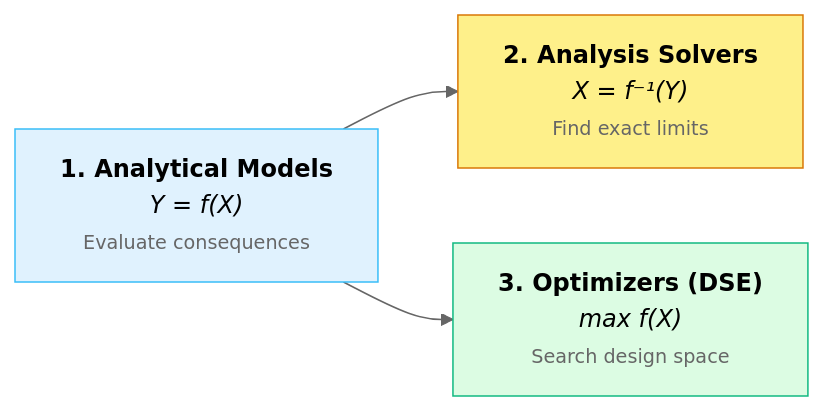
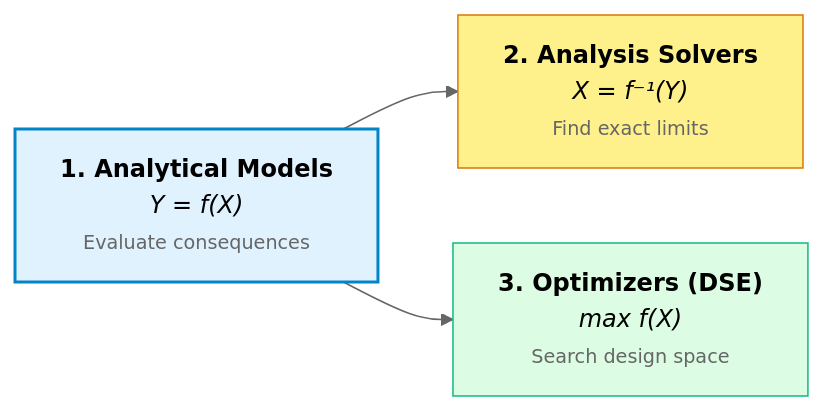
Before and after one commit to Mu-L/cs249r_book: the diagram in mlsysim/docs/models-and-solvers.qmd, drawn with Mermaid. The commit also changed 3 other files, not shown here.

First line of the commit message:
docs: standardize Mermaid diagram accent colors to match site brand

````diff
--- a/mlsysim/docs/models-and-solvers.qmd
+++ b/mlsysim/docs/models-and-solvers.qmd
@@ -10,14 +10,14 @@
 ```{mermaid}
 %%{init: {'theme': 'neutral'}}%%
 flowchart LR
     A["<b>1. Analytical Models</b><br/><i>Y = f(X)</i><br/><span style='font-size:0.8em;color:#666;'>Evaluate consequences</span>"]
     B["<b>2. Analysis Solvers</b><br/><i>X = f⁻¹(Y)</i><br/><span style='font-size:0.8em;color:#666;'>Find exact limits</span>"]
     C["<b>3. Optimizers (DSE)</b><br/><i>max f(X)</i><br/><span style='font-size:0.8em;color:#666;'>Search design space</span>"]
 
     A --> B
     A --> C
 
-    style A fill:#e0f2fe,stroke:#38bdf8
+    style A fill:#e0f2fe,stroke:#0284c7,stroke-width:2px
     style B fill:#fef08a,stroke:#d97706
     style C fill:#dcfce3,stroke:#10b981
 ```
````
